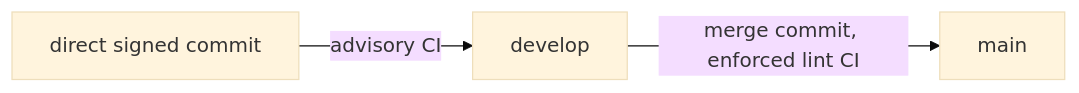
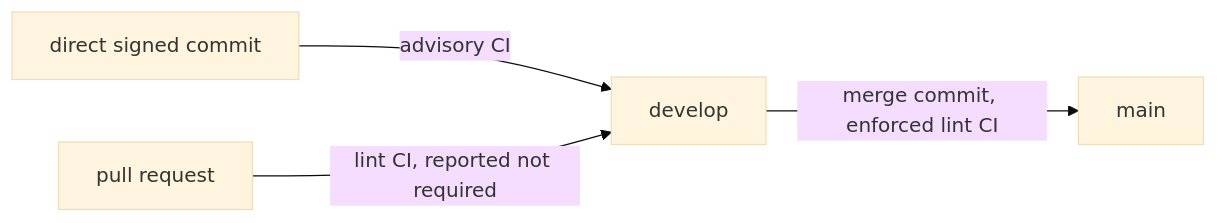
One commit to ptr727/Blog changed the second of 5 diagrams in WORKFLOW.md. Above: the diagram before and after it, drawn with Mermaid (base theme). The commit also changed other lines of this file and 50 other files, not shown here.

````diff
--- a/WORKFLOW.md
+++ b/WORKFLOW.md
@@ -58,5 +58,6 @@
 ```mermaid
 flowchart LR
   edit[direct signed commit] -->|advisory CI| develop
+  pr[pull request] -->|lint CI, reported not required| develop
   develop -->|merge commit, enforced lint CI| main
 ```
````
